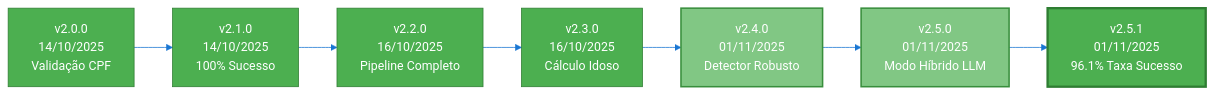
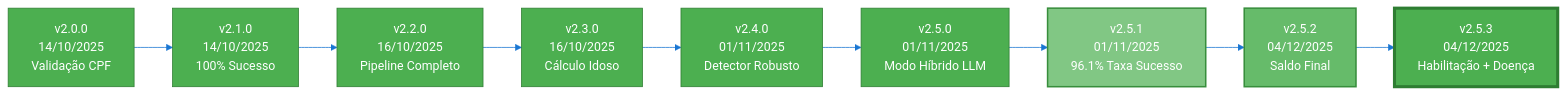
The first of 3 diagrams in README.md (revisaprecatorio/ocr-oficios-tjsp), drawn with Mermaid before and after one commit. The commit also changed other lines of this file and 13 other files, not shown here.

First line of the commit message:
feat: V2.5.3 - Detecção Avançada de Habilitação de Herdeiros e Doença Grave

````diff
--- a/README.md
+++ b/README.md
@@ -11,14 +11,16 @@
 ```mermaid
 %%{init: {'theme':'base', 'themeVariables': { 'primaryColor':'#4CAF50','primaryTextColor':'#fff','primaryBorderColor':'#2E7D32','lineColor':'#1976D2','secondaryColor':'#FFC107','tertiaryColor':'#F44336'}}}%%
 graph LR
     A[v2.0.0<br/>14/10/2025<br/>Validação CPF] --> B[v2.1.0<br/>14/10/2025<br/>100% Sucesso]
     B --> C[v2.2.0<br/>16/10/2025<br/>Pipeline Completo]
     C --> D[v2.3.0<br/>16/10/2025<br/>Cálculo Idoso]
     D --> E[v2.4.0<br/>01/11/2025<br/>Detector Robusto]
     E --> F[v2.5.0<br/>01/11/2025<br/>Modo Híbrido LLM]
     F --> G[v2.5.1<br/>01/11/2025<br/>96.1% Taxa Sucesso]
-    
-    style G fill:#4CAF50,stroke:#2E7D32,stroke-width:3px,color:#fff
-    style F fill:#81C784,stroke:#388E3C,stroke-width:2px
-    style E fill:#81C784,stroke:#388E3C,stroke-width:2px
+    G --> H[v2.5.2<br/>04/12/2025<br/>Saldo Final]
+    H --> I[v2.5.3<br/>04/12/2025<br/>Habilitação + Doença]
+
+    style I fill:#4CAF50,stroke:#2E7D32,stroke-width:4px,color:#fff
+    style H fill:#66BB6A,stroke:#388E3C,stroke-width:2px
+    style G fill:#81C784,stroke:#388E3C,stroke-width:2px
 ```
````
